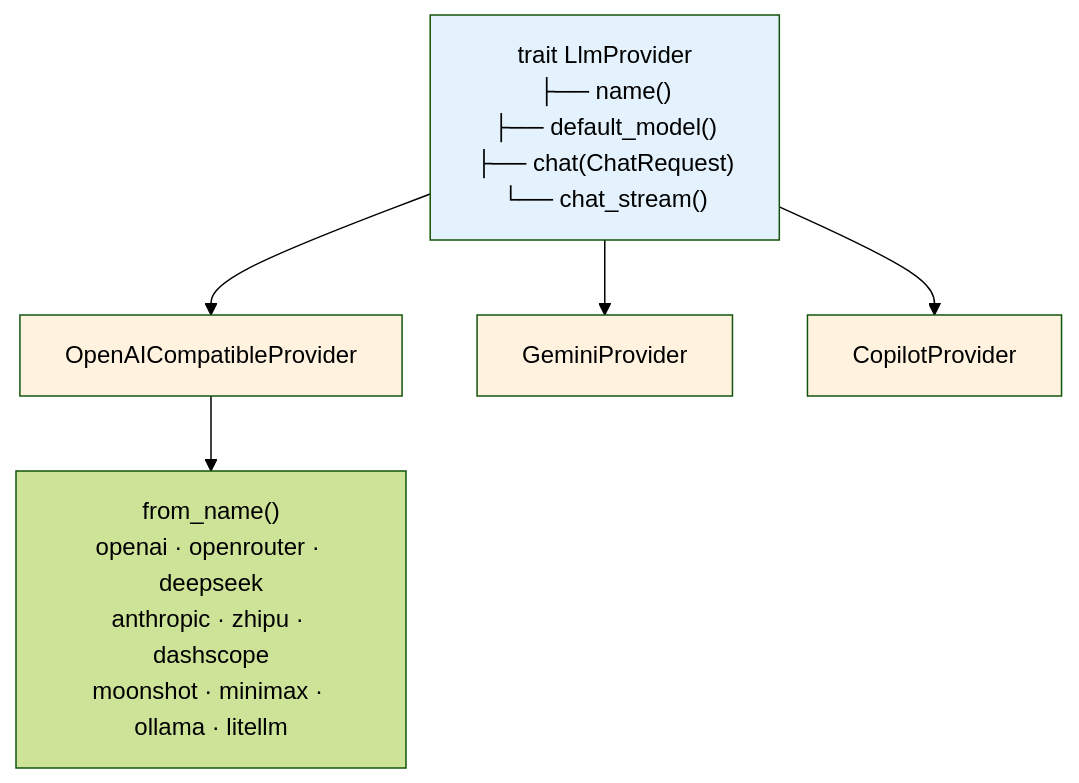
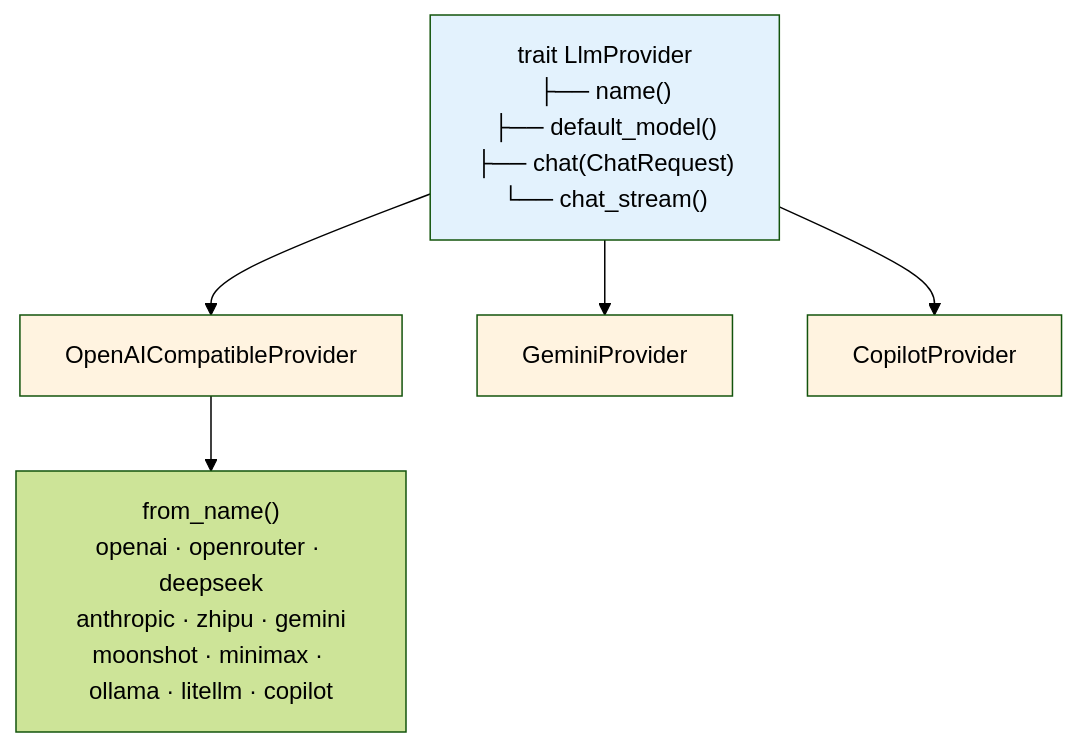
The first of 4 diagrams in docs/modules.md (yeheng/nanobot-rs), drawn with Mermaid (forest theme) before and after one commit. The commit also changed other lines of this file and 20 other files, not shown here.

````diff
--- a/docs/modules.md
+++ b/docs/modules.md
@@ -25,15 +25,15 @@
 ```mermaid
 flowchart TB
     TP["trait LlmProvider<br/>├── name()<br/>├── default_model()<br/>├── chat(ChatRequest)<br/>└── chat_stream()"]
 
     TP --> OP["OpenAICompatibleProvider"]
     TP --> GP["GeminiProvider"]
     TP --> CP["CopilotProvider"]
 
-    OP --> ON["from_name()<br/>openai · openrouter · deepseek<br/>anthropic · zhipu · dashscope<br/>moonshot · minimax · ollama · litellm"]
+    OP --> ON["from_name()<br/>openai · openrouter · deepseek<br/>anthropic · zhipu · gemini<br/>moonshot · minimax · ollama · litellm · copilot"]
 
     style TP fill:#E3F2FD
     style OP fill:#FFF3E0
     style GP fill:#FFF3E0
     style CP fill:#FFF3E0
 ```
````
